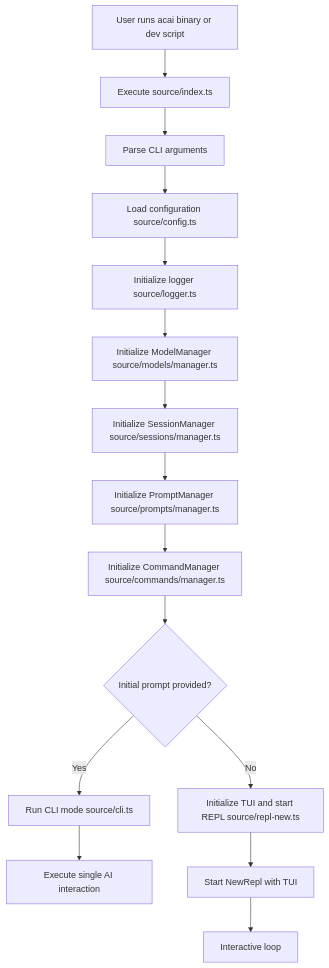
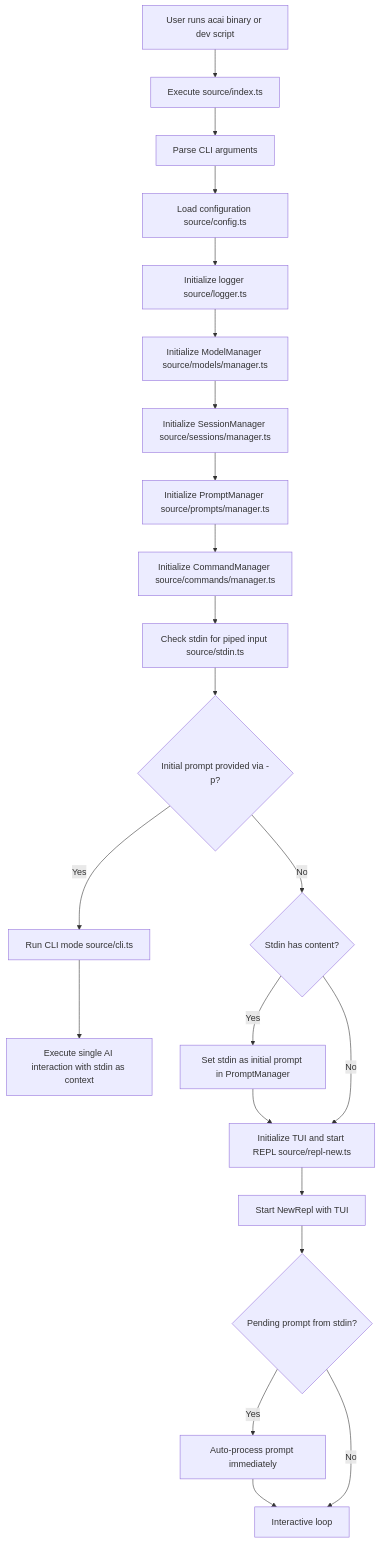
One commit to travisennis/acai-ts changed the first of 7 diagrams in ARCHITECTURE.md. Above: the diagram before and after it, drawn with Mermaid. The commit also changed other lines of this file and 8 other files, not shown here.

First line of the commit message:
feat: add piped input support for CLI and REPL modes

````diff
--- a/ARCHITECTURE.md
+++ b/ARCHITECTURE.md
@@ -603,17 +610,24 @@
 ```mermaid
 graph TD
   A[User runs acai binary or dev script] --> B[Execute source/index.ts]
   B --> C[Parse CLI arguments]
   C --> D[Load configuration source/config.ts]
   D --> E[Initialize logger source/logger.ts]
   E --> F[Initialize ModelManager source/models/manager.ts]
   F --> G[Initialize SessionManager source/sessions/manager.ts]
   G --> H[Initialize PromptManager source/prompts/manager.ts]
   H --> I[Initialize CommandManager source/commands/manager.ts]
-  I --> J{Initial prompt provided?}
-  J -->|Yes| K[Run CLI mode source/cli.ts]
-  J -->|No| L[Initialize TUI and start REPL source/repl-new.ts]
-  K --> M[Execute single AI interaction]
-  L --> N[Start NewRepl with TUI]
-  N --> O[Interactive loop]
+  I --> J[Check stdin for piped input source/stdin.ts]
+  J --> K{Initial prompt provided via -p?}
+  K -->|Yes| L[Run CLI mode source/cli.ts]
+  K -->|No| M{Stdin has content?}
+  M -->|Yes| N[Set stdin as initial prompt in PromptManager]
+  M -->|No| O[Initialize TUI and start REPL source/repl-new.ts]
+  N --> O
+  O --> P[Start NewRepl with TUI]
+  P --> Q{Pending prompt from stdin?}
+  Q -->|Yes| R[Auto-process prompt immediately]
+  Q -->|No| S[Interactive loop]
+  R --> S
+  L --> T[Execute single AI interaction with stdin as context]
 ```
````
